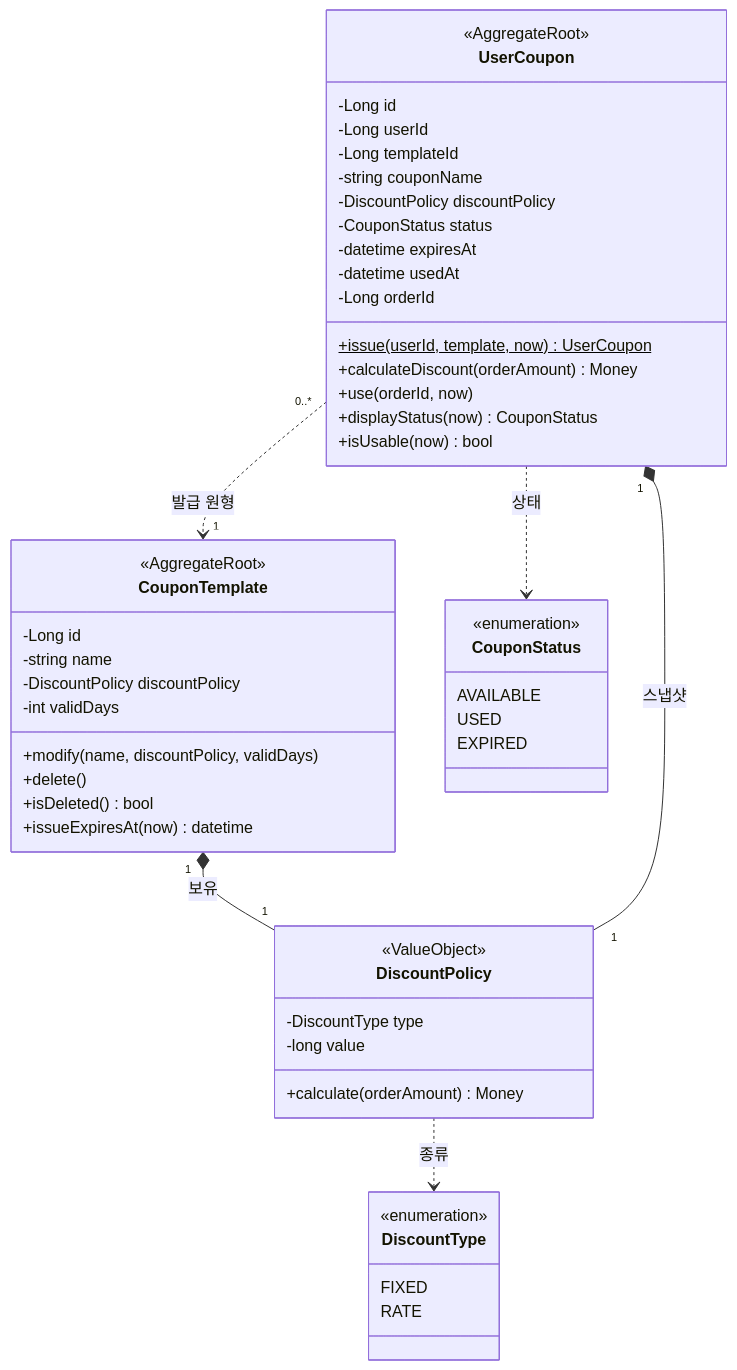
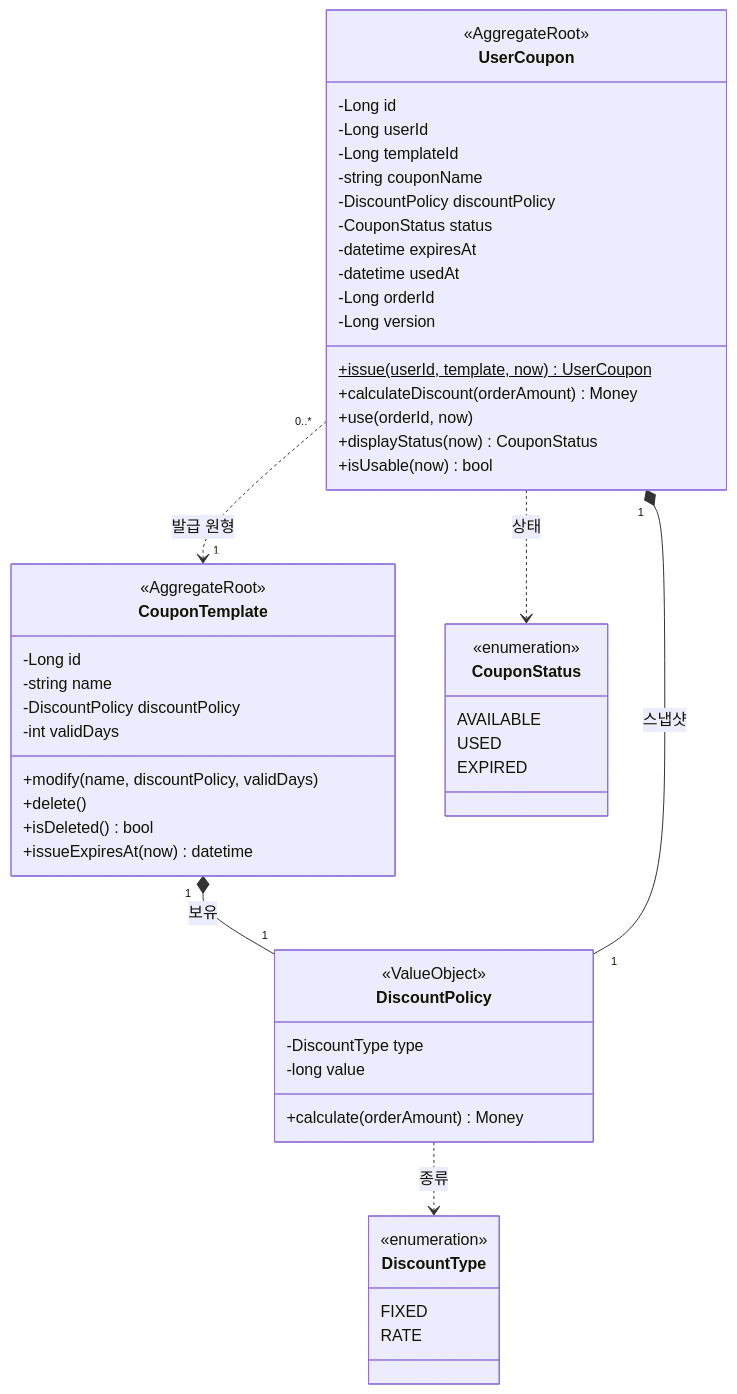
Before and after one commit to loopers-labs/loop-pack-be-l2-vol4-java: the fifth of 5 diagrams in docs/week2/03-class-diagram.md, drawn with Mermaid. The commit also changed other lines of this file and 3 other files, not shown here.

````diff
--- a/docs/week2/03-class-diagram.md
+++ b/docs/week2/03-class-diagram.md
@@ -290,54 +291,55 @@
 ```mermaid
 classDiagram
     class CouponTemplate {
         <<AggregateRoot>>
         -Long id
         -string name
         -DiscountPolicy discountPolicy
         -int validDays
         +modify(name, discountPolicy, validDays)
         +delete()
         +isDeleted() bool
         +issueExpiresAt(now) datetime
     }
     class UserCoupon {
         <<AggregateRoot>>
         -Long id
         -Long userId
         -Long templateId
         -string couponName
         -DiscountPolicy discountPolicy
         -CouponStatus status
         -datetime expiresAt
         -datetime usedAt
         -Long orderId
+        -Long version
         +issue(userId, template, now)$ UserCoupon
         +calculateDiscount(orderAmount) Money
         +use(orderId, now)
         +displayStatus(now) CouponStatus
         +isUsable(now) bool
     }
     class DiscountPolicy {
         <<ValueObject>>
         -DiscountType type
         -long value
         +calculate(orderAmount) Money
     }
     class DiscountType {
         <<enumeration>>
         FIXED
         RATE
     }
     class CouponStatus {
         <<enumeration>>
         AVAILABLE
         USED
         EXPIRED
     }
 
     CouponTemplate "1" *-- "1" DiscountPolicy : 보유
     UserCoupon "0..*" ..> "1" CouponTemplate : 발급 원형
     UserCoupon "1" *-- "1" DiscountPolicy : 스냅샷
     UserCoupon ..> CouponStatus : 상태
     DiscountPolicy ..> DiscountType : 종류
 ```
````
